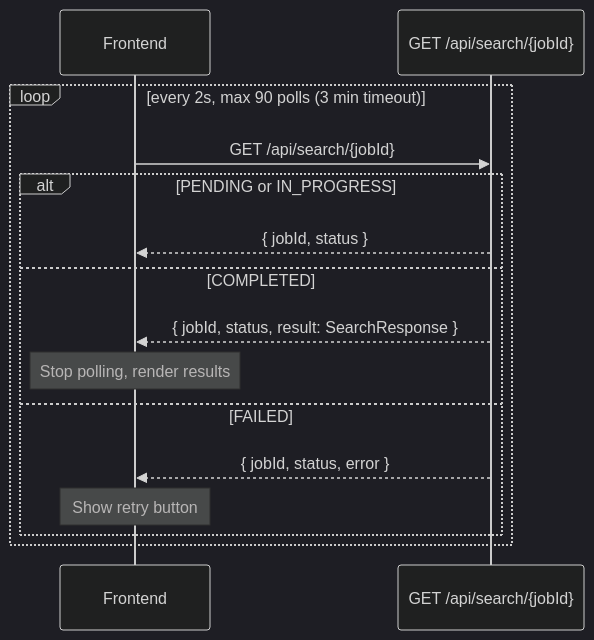
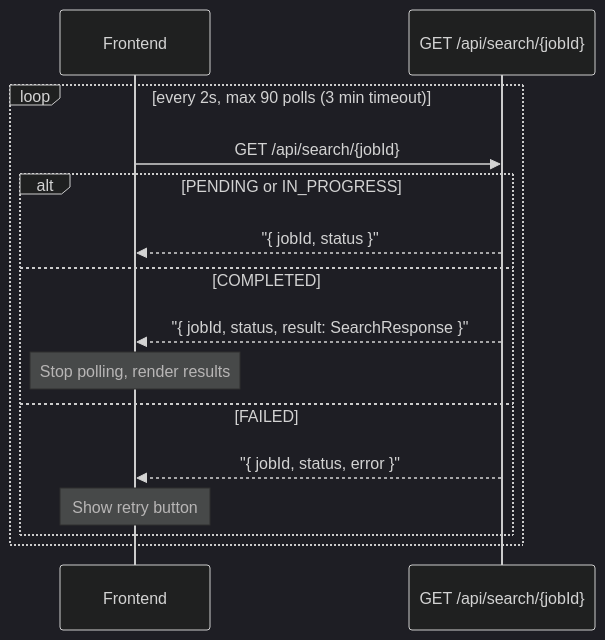
Diagram 17 of 31 in architecture.md (anubhavbagri/CrowdLens), drawn with Mermaid (dark theme) before and after one commit. The commit also changed other lines of this file and 1 other file, not shown here.

Commit message:
fix diagrams

````diff
--- a/architecture.md
+++ b/architecture.md
@@ -619,18 +621,18 @@
 ```mermaid
 sequenceDiagram
     participant FE as Frontend
     participant API as GET /api/search/{jobId}
 
     loop every 2s, max 90 polls (3 min timeout)
         FE->>API: GET /api/search/{jobId}
         alt PENDING or IN_PROGRESS
-            API-->>FE: { jobId, status }
+            API-->>FE: "{ jobId, status }"
         else COMPLETED
-            API-->>FE: { jobId, status, result: SearchResponse }
+            API-->>FE: "{ jobId, status, result: SearchResponse }"
             Note over FE: Stop polling, render results
         else FAILED
-            API-->>FE: { jobId, status, error }
+            API-->>FE: "{ jobId, status, error }"
             Note over FE: Show retry button
         end
     end
 ```
````
